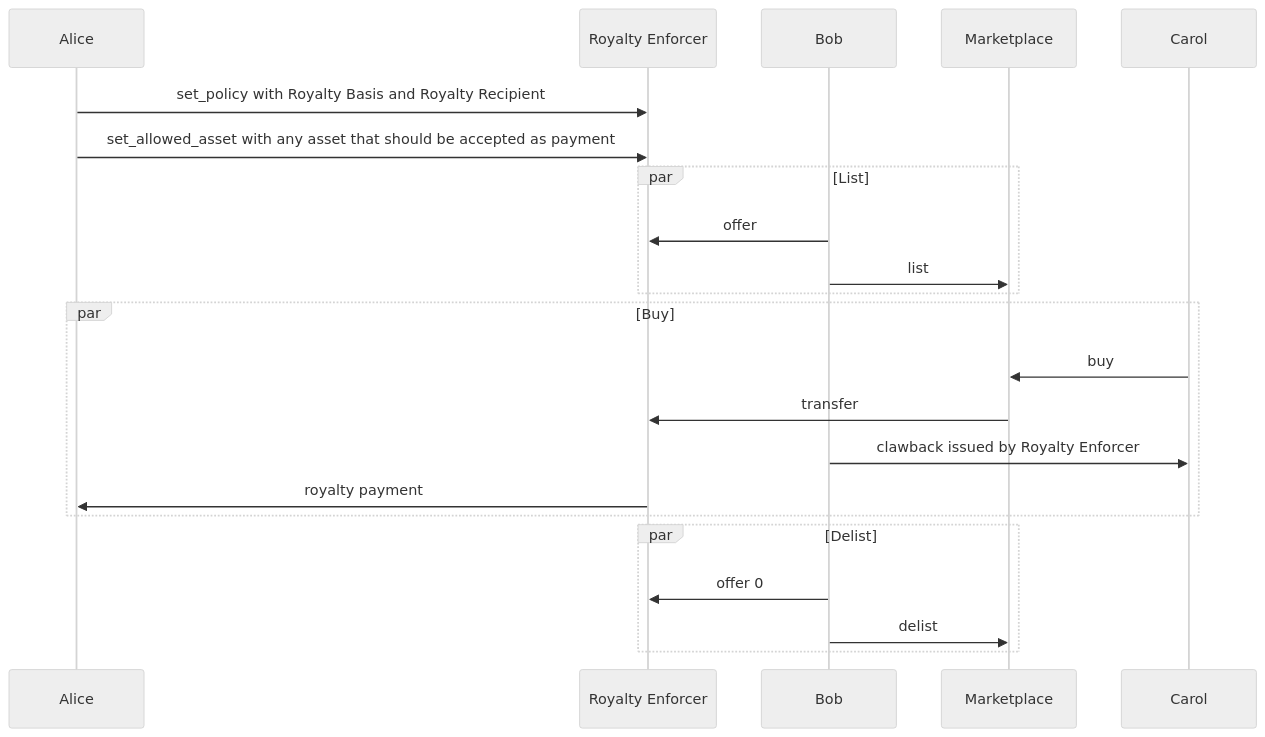
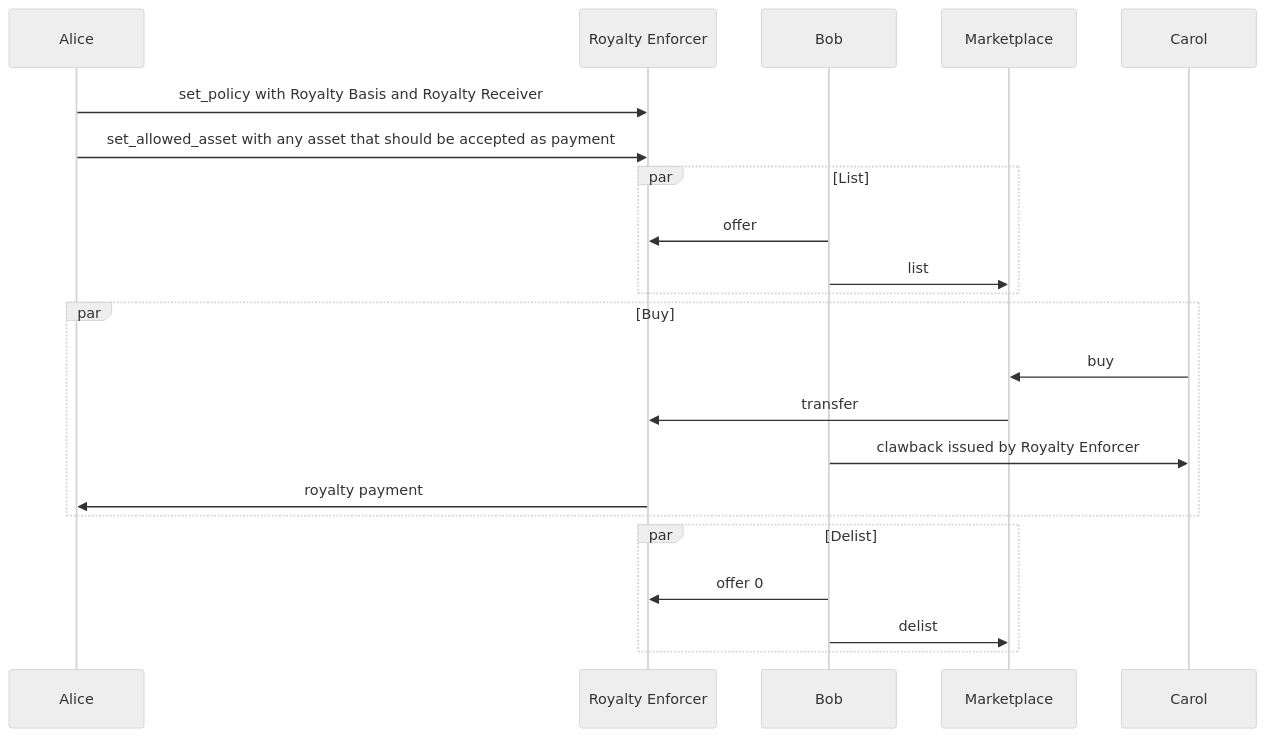
Before and after one commit to algorandfoundation/ARCs: the diagram in ARCs/arc-0018.md, drawn with Mermaid (neutral theme). The commit also changed other lines of this file, not shown here.

````diff
--- a/ARCs/arc-0018.md
+++ b/ARCs/arc-0018.md
@@ -527,22 +529,22 @@
 ```mermaid
 sequenceDiagram
-    Alice->>Royalty Enforcer: set_policy with Royalty Basis and Royalty Recipient
+    Alice->>Royalty Enforcer: set_policy with Royalty Basis and Royalty Receiver 
     Alice->>Royalty Enforcer: set_allowed_asset with any asset that should be accepted as payment 
 
     par List
         Bob->>Royalty Enforcer: offer
         Bob->>Marketplace: list
     end
 
     Par Buy
         Carol->>Marketplace: buy
         Marketplace->>Royalty Enforcer: transfer
         Bob->>Carol: clawback issued by Royalty Enforcer
         Royalty Enforcer->>Alice: royalty payment
     end
 
     par Delist
         Bob->>Royalty Enforcer: offer 0 
         Bob->>Marketplace: delist
     end
 ```
````
